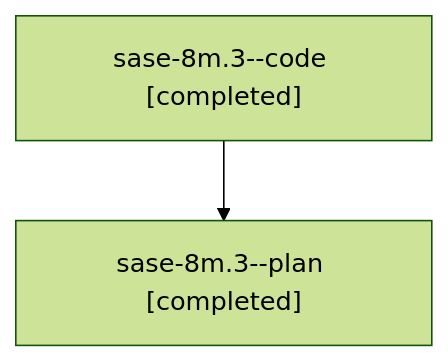
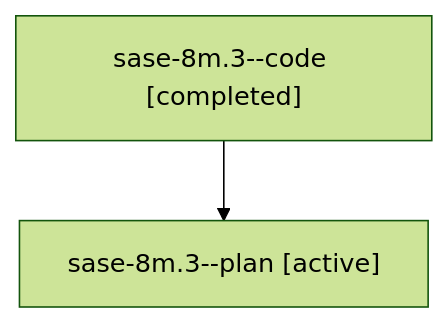
One commit to sase-org/sase--agents changed the diagram in families/bbugyi200.athena.sase-8m.3.md. Above: the diagram before and after it, drawn with Mermaid (forest theme). The commit also changed other lines of this file and 8679 other files, not shown here.

````diff
--- a/families/bbugyi200.athena.sase-8m.3.md
+++ b/families/bbugyi200.athena.sase-8m.3.md
@@ -9,6 +9,6 @@
 ```mermaid
 flowchart TD
   n0["sase-8m.3--code [completed]"]
-  n1["sase-8m.3--plan [completed]"]
+  n1["sase-8m.3--plan [active]"]
   n0 --> n1
 ```
````
